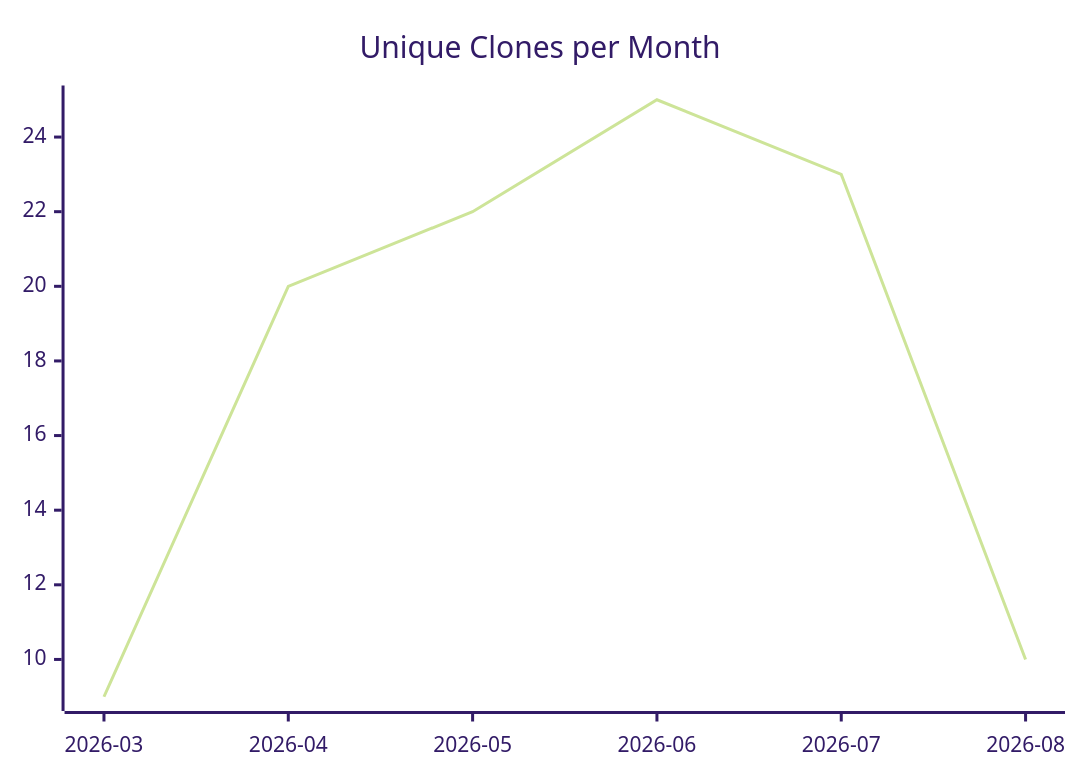
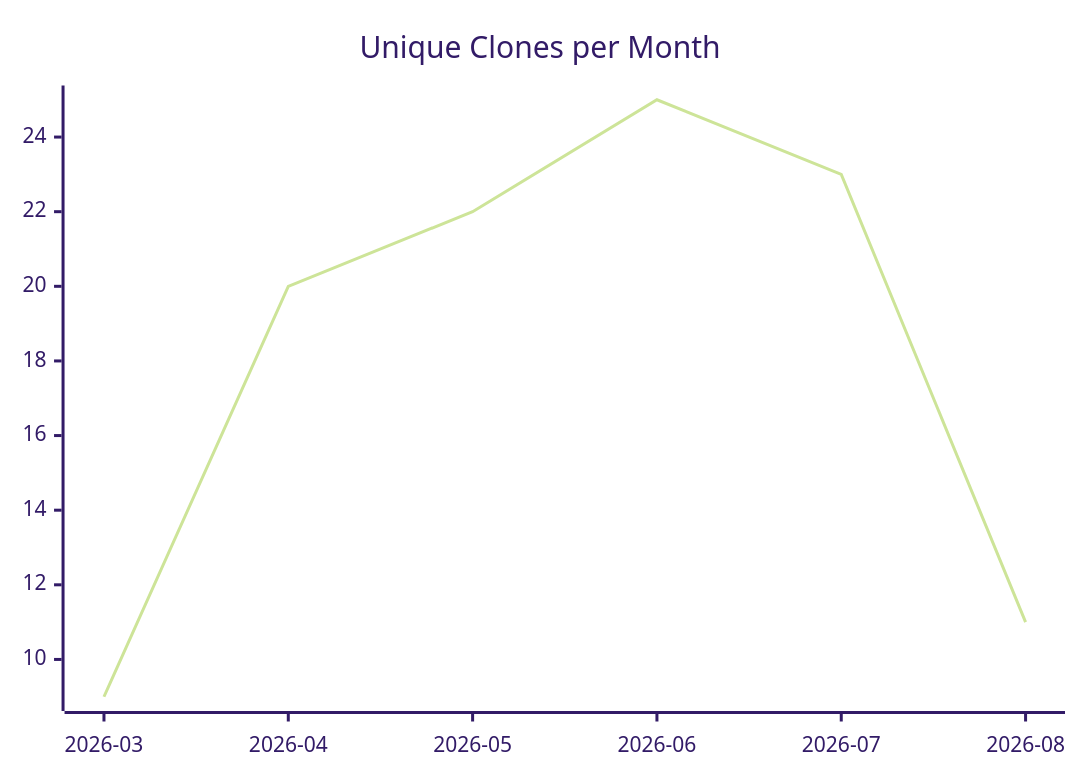
One commit to justdavis-family/github-analytics-data changed the third of 3 diagrams in karlmdavis/kxml2/README.md. Above: the diagram before and after it, drawn with Mermaid (forest theme). The commit also changed other lines of this file and 154 other files, not shown here.

````diff
--- a/karlmdavis/kxml2/README.md
+++ b/karlmdavis/kxml2/README.md
@@ -19,6 +19,6 @@
 ```mermaid
 xychart-beta
   title "Unique Clones per Month"
   x-axis ["2026-03", "2026-04", "2026-05", "2026-06", "2026-07", "2026-08"]
-  line [9, 20, 22, 25, 23, 10]
+  line [9, 20, 22, 25, 23, 11]
 ```
````
